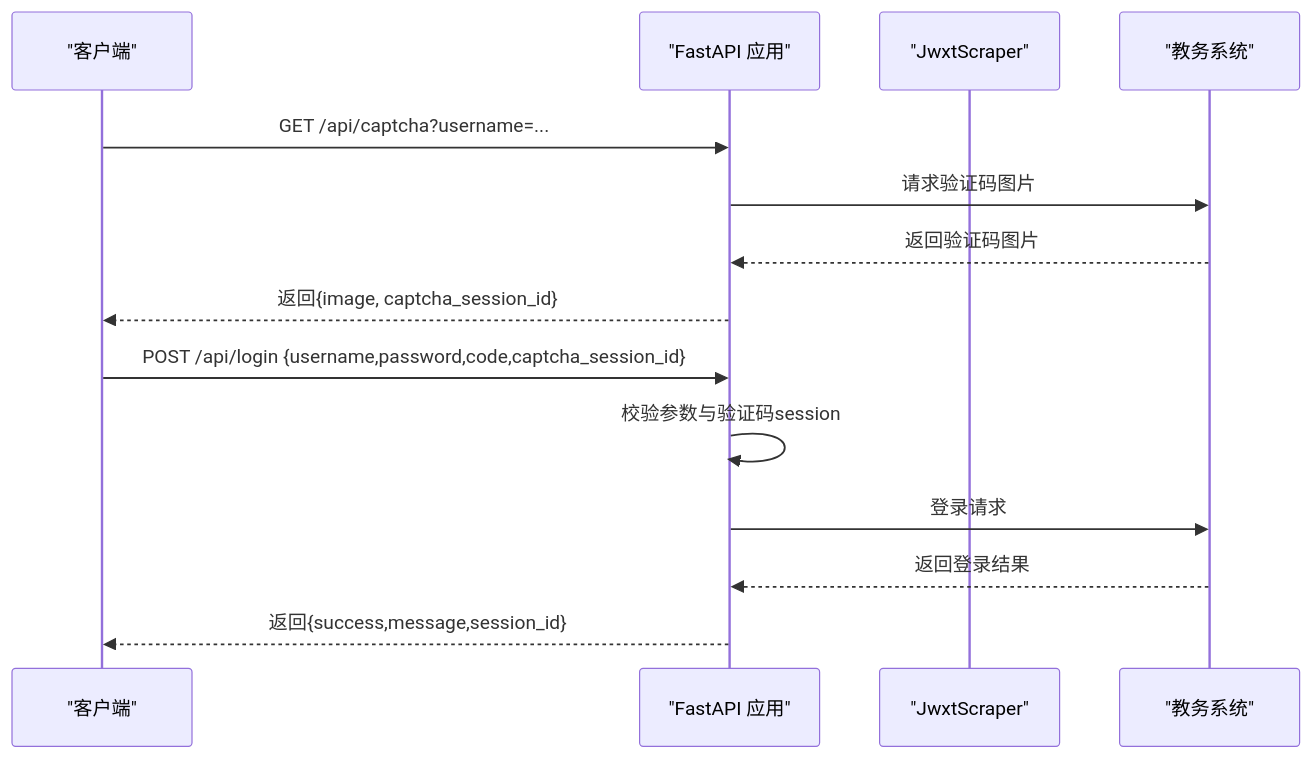
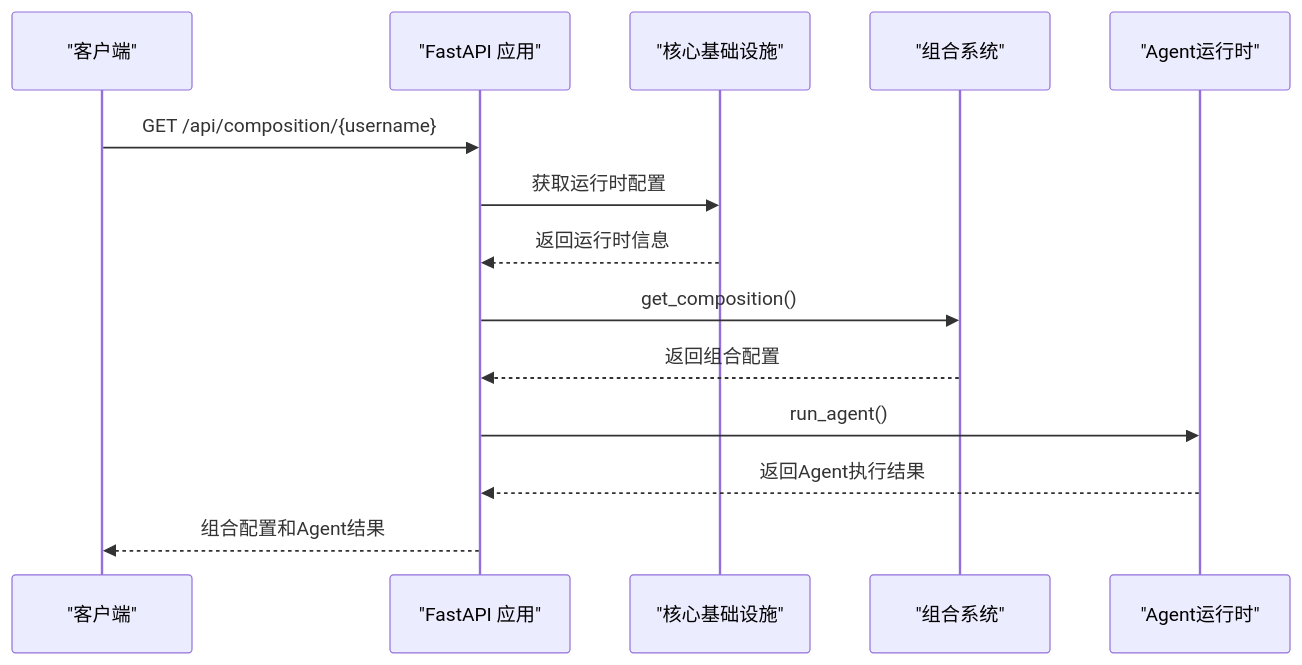
The third of 6 diagrams in .qoder/repowiki/zh/content/开发指南/开发指南.md (ghbbn053-ship-itsoulddog/soulddog), drawn with Mermaid before and after one commit. The commit also changed other lines of this file and 119 other files, not shown here.

````diff
--- a/.qoder/repowiki/zh/content/开发指南/开发指南.md
+++ b/.qoder/repowiki/zh/content/开发指南/开发指南.md
@@ -157,16 +510,16 @@
 ```mermaid
 sequenceDiagram
 participant C as "客户端"
 participant A as "FastAPI 应用"
-participant S as "JwxtScraper"
-participant J as "教务系统"
-C->>A : GET /api/captcha?username=...
-A->>J : 请求验证码图片
-J-->>A : 返回验证码图片
-A-->>C : 返回{image, captcha_session_id}
-C->>A : POST /api/login {username,password,code,captcha_session_id}
-A->>A : 校验参数与验证码session
-A->>J : 登录请求
-J-->>A : 返回登录结果
-A-->>C : 返回{success,message,session_id}
+participant CORE as "核心基础设施"
+participant COMP as "组合系统"
+participant AGENT as "Agent运行时"
+C->>A : GET /api/composition/{username}
+A->>CORE : 获取运行时配置
+CORE-->>A : 返回运行时信息
+A->>COMP : get_composition()
+COMP-->>A : 返回组合配置
+A->>AGENT : run_agent()
+AGENT-->>A : 返回Agent执行结果
+A-->>C : 组合配置和Agent结果
 ```
````
